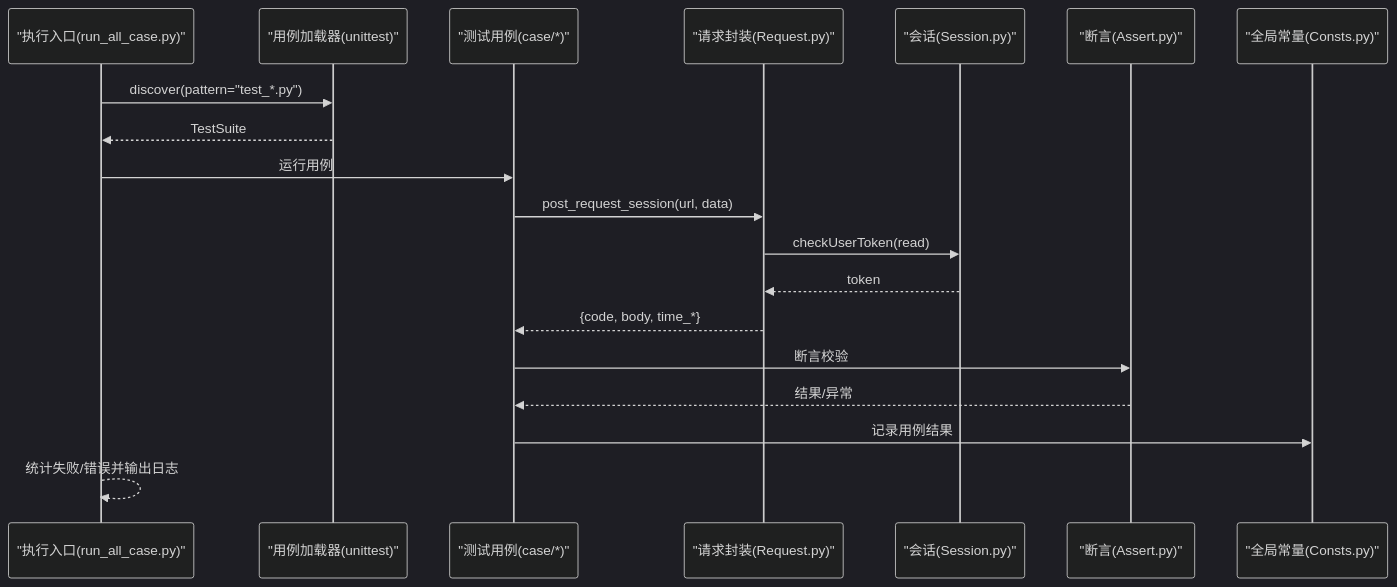
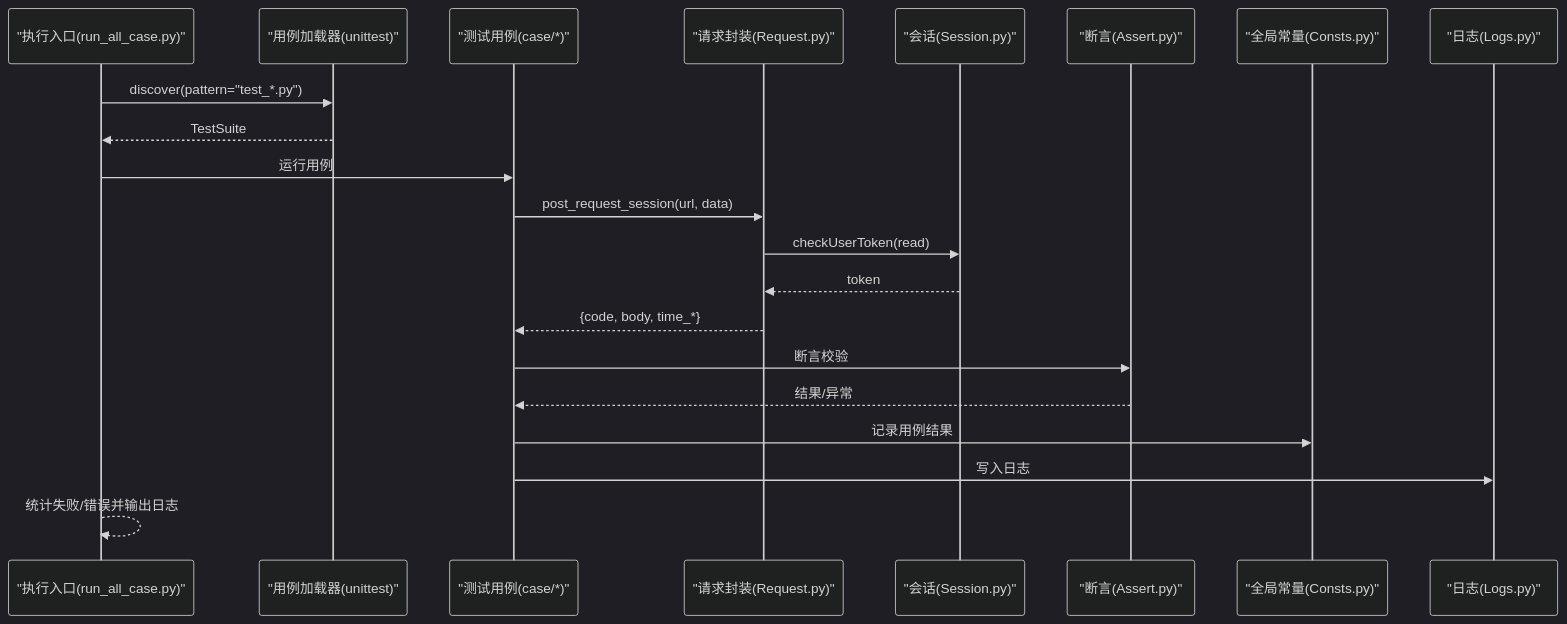
The second of 4 diagrams in .qoder/repowiki/zh/content/快速开始.md (liximing1-ola/qa-payTest), drawn with Mermaid (dark theme) before and after one commit. The commit also changed other lines of this file and 13 other files, not shown here.

````diff
--- a/.qoder/repowiki/zh/content/快速开始.md
+++ b/.qoder/repowiki/zh/content/快速开始.md
@@ -120,21 +132,23 @@
 ```mermaid
 sequenceDiagram
 participant Runner as "执行入口(run_all_case.py)"
 participant Loader as "用例加载器(unittest)"
 participant Case as "测试用例(case/*)"
 participant Req as "请求封装(Request.py)"
 participant Sess as "会话(Session.py)"
 participant Assert as "断言(Assert.py)"
 participant Const as "全局常量(Consts.py)"
+participant Logs as "日志(Logs.py)"
 Runner->>Loader : discover(pattern="test_*.py")
 Loader-->>Runner : TestSuite
 Runner->>Case : 运行用例
 Case->>Req : post_request_session(url, data)
 Req->>Sess : checkUserToken(read)
 Sess-->>Req : token
 Req-->>Case : {code, body, time_*}
 Case->>Assert : 断言校验
 Assert-->>Case : 结果/异常
 Case->>Const : 记录用例结果
+Case->>Logs : 写入日志
 Runner-->>Runner : 统计失败/错误并输出日志
 ```
````
